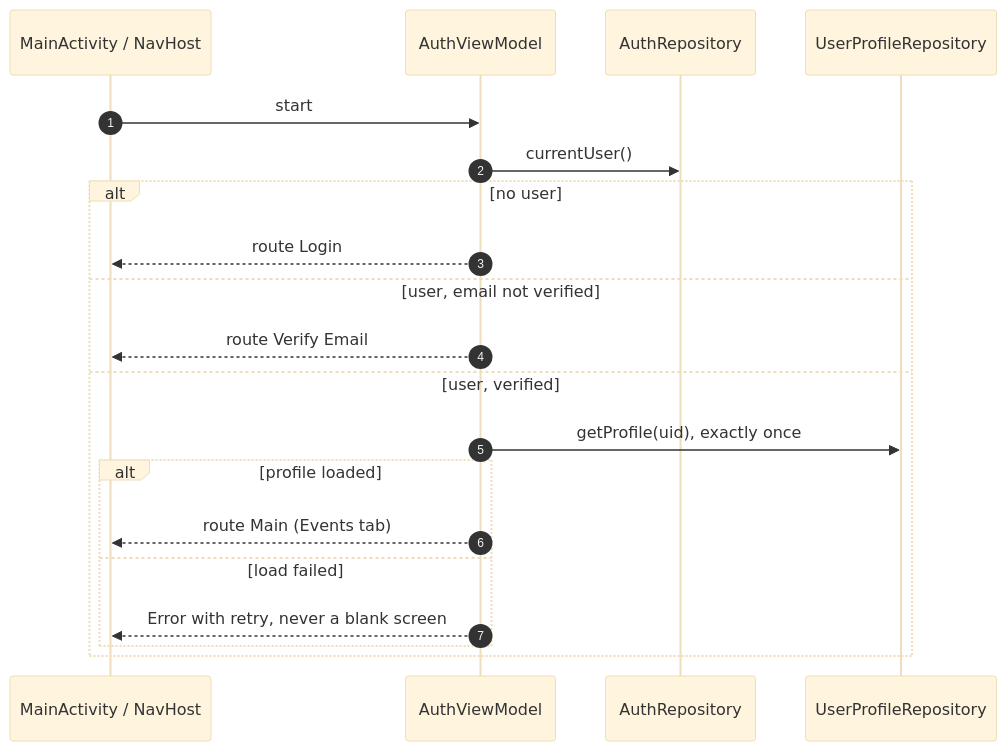
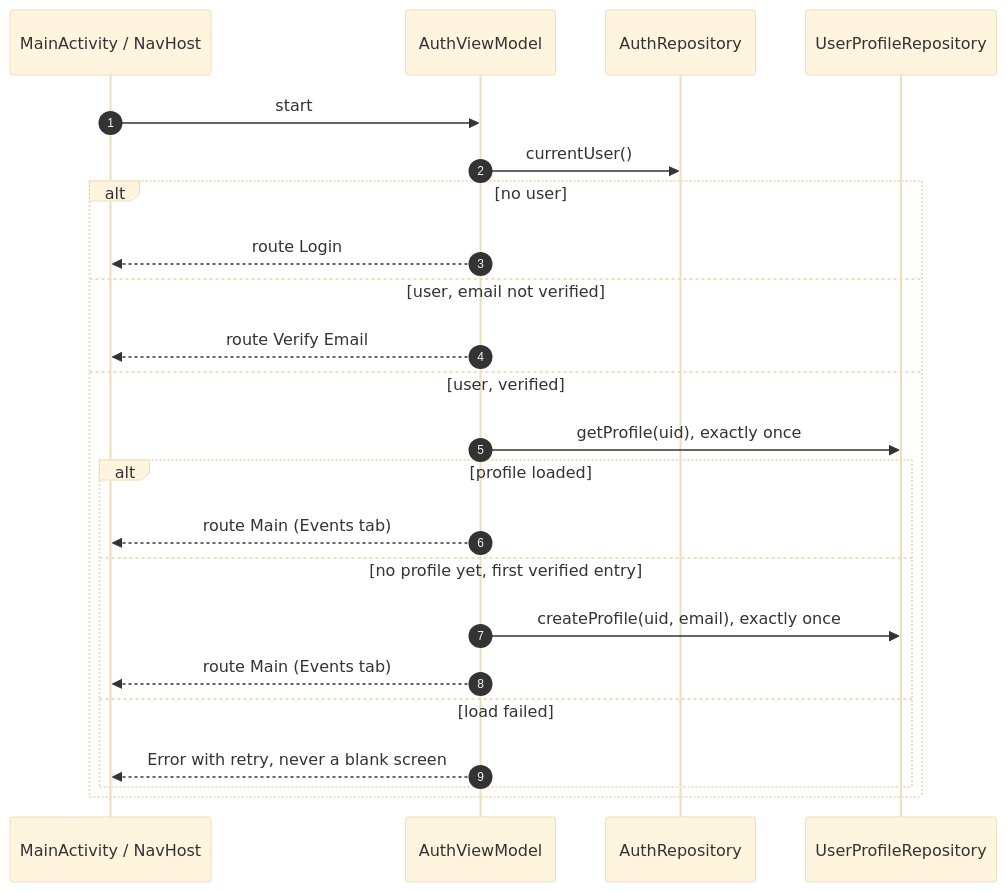
One commit to swent-polysocial/PolySocial changed the seventh of 11 diagrams in docs/Architecture-Diagram.md. Above: the diagram before and after it, drawn with Mermaid (base theme). The commit also changed other lines of this file, not shown here.

First line of the commit message:
docs: apply design decisions to architecture page

````diff
--- a/docs/Architecture-Diagram.md
+++ b/docs/Architecture-Diagram.md
@@ -413,23 +416,26 @@
 ```mermaid
 sequenceDiagram
   autonumber
   participant App as MainActivity / NavHost
   participant VM as AuthViewModel
   participant AR as AuthRepository
   participant PR as UserProfileRepository
 
   App->>VM: start
   VM->>AR: currentUser()
   alt no user
     VM-->>App: route Login
   else user, email not verified
     VM-->>App: route Verify Email
   else user, verified
     VM->>PR: getProfile(uid), exactly once
     alt profile loaded
       VM-->>App: route Main (Events tab)
+    else no profile yet, first verified entry
+      VM->>PR: createProfile(uid, email), exactly once
+      VM-->>App: route Main (Events tab)
     else load failed
       VM-->>App: Error with retry, never a blank screen
     end
   end
 ```
````
